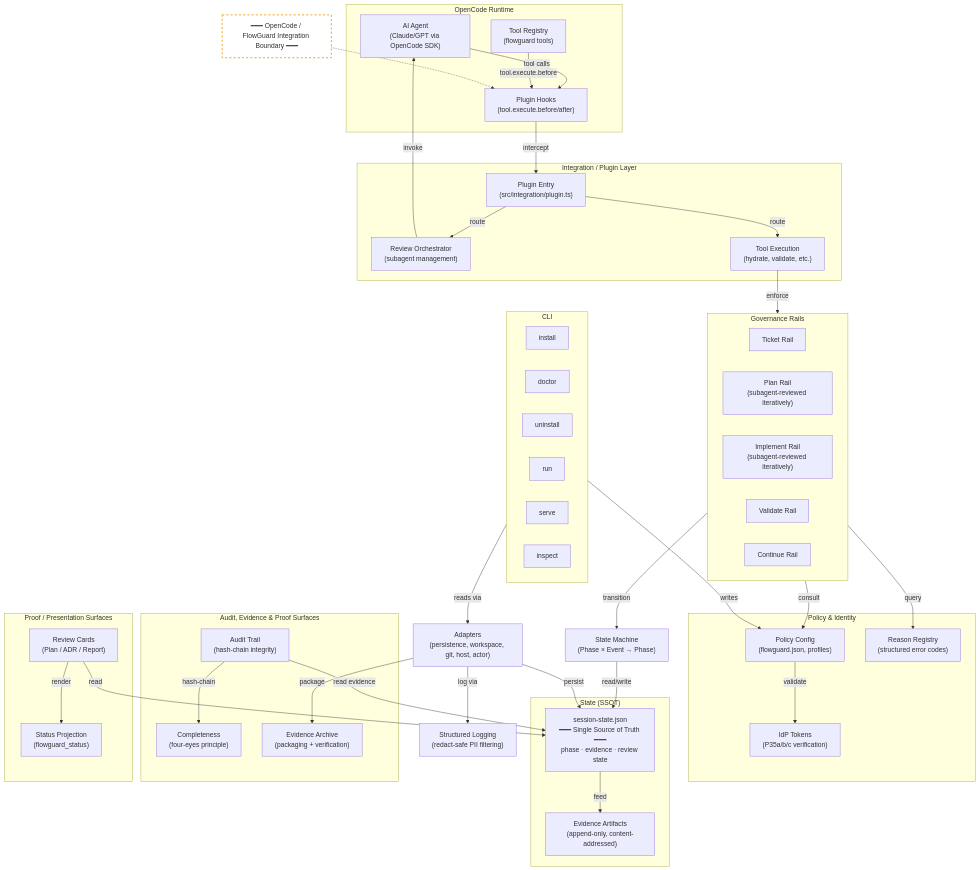
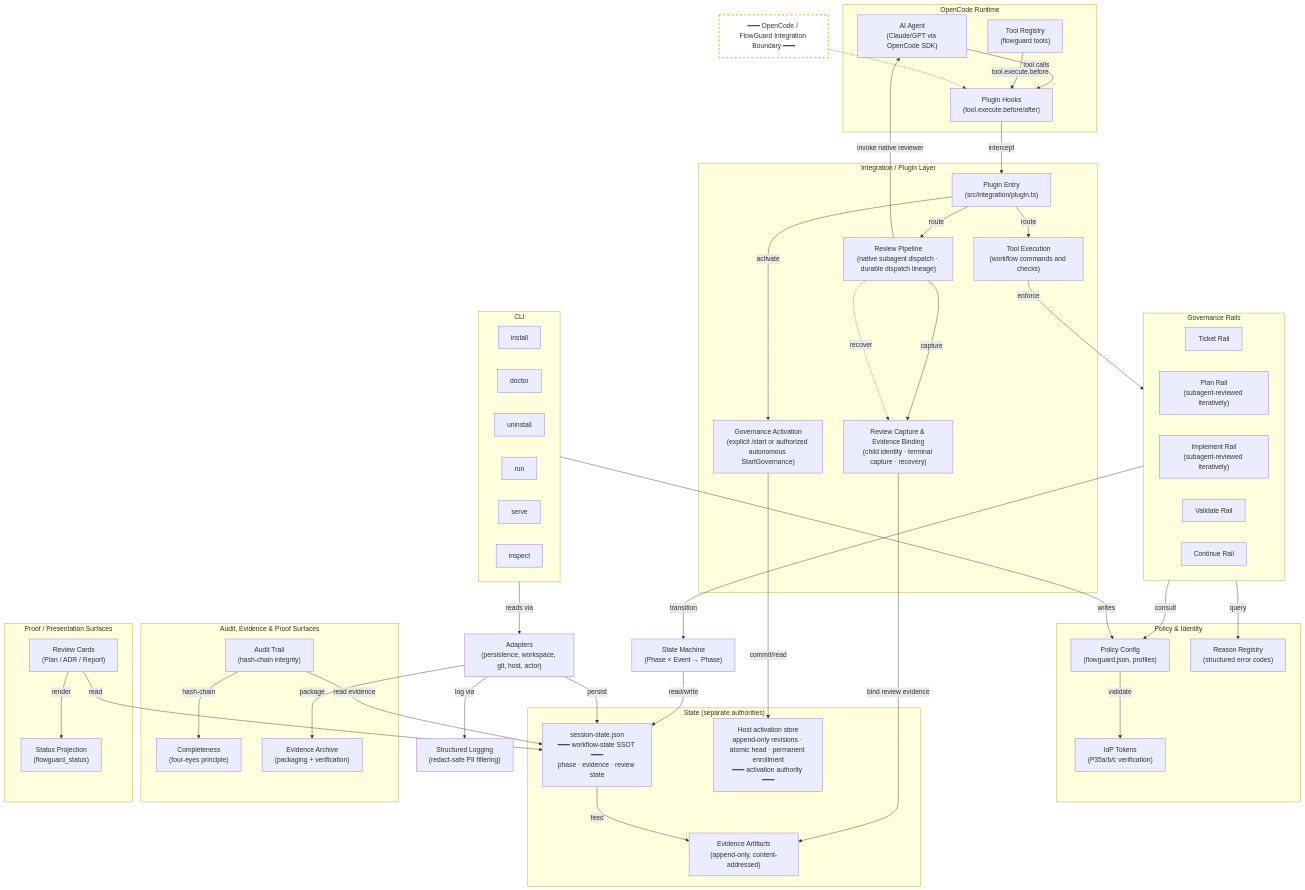
One commit to koeppben23/governed-runtime changed the diagram in docs/architecture/architecture-diagram.md. Above: the diagram before and after it, drawn with Mermaid. The commit also changed other lines of this file and 627 other files, not shown here.

First line of the commit message:
feat(opencode): complete v2-only port with host-neutral governance (#1169) (#1190)

```diff
--- a/docs/architecture/architecture-diagram.md
+++ b/docs/architecture/architecture-diagram.md
@@ -21,8 +21,10 @@
   %% ── Integration Layer ──
   subgraph Integration["Integration / Plugin Layer"]
     PluginEntry["Plugin Entry<br/>(src/integration/plugin.ts)"]
-    Orchestrator["Review Orchestrator<br/>(subagent management)"]
-    ToolExec["Tool Execution<br/>(hydrate, validate, etc.)"]
+    Activation["Governance Activation<br/>(explicit /start or authorized autonomous StartGovernance)"]
+    ReviewPipeline["Review Pipeline<br/>(native subagent dispatch · durable dispatch lineage)"]
+    ReviewCapture["Review Capture & Evidence Binding<br/>(child identity · terminal capture · recovery)"]
+    ToolExec["Tool Execution<br/>(workflow commands and checks)"]
   end
 
   %% ── Rails (Governance) ──
@@ -45,8 +47,9 @@
   Machine["State Machine<br/>(Phase × Event → Phase)"]
 
   %% ── State (SSOT) ──
-  subgraph StateBox["State (SSOT)"]
-    SSOT["session-state.json<br/>━━━ Single Source of Truth ━━━<br/>phase · evidence · review state"]
+  subgraph StateBox["State (separate authorities)"]
+    SSOT["session-state.json<br/>━━━ workflow-state SSOT ━━━<br/>phase · evidence · review state"]
+    ActivationStore["Host activation store<br/>append-only revisions · atomic head · permanent enrollment<br/>━━━ activation authority ━━━"]
     EvidenceNode["Evidence Artifacts<br/>(append-only, content-addressed)"]
   end
 
@@ -86,10 +89,15 @@
   Agent -->|tool calls| Hooks
   Tools -->|tool.execute.before| Hooks
   Hooks -->|intercept| PluginEntry
-  PluginEntry -->|route| Orchestrator
+  PluginEntry -->|activate| Activation
+  PluginEntry -->|route| ReviewPipeline
   PluginEntry -->|route| ToolExec
   ToolExec -->|enforce| Rails
-  Orchestrator -->|invoke| Agent
+  Activation -->|commit/read| ActivationStore
+  ReviewPipeline -->|invoke native reviewer| Agent
+  ReviewPipeline -->|capture| ReviewCapture
+  ReviewPipeline -.->|recover| ReviewCapture
+  ReviewCapture -->|bind review evidence| EvidenceNode
   BoundaryLine -.-> Hooks
 
   Rails -->|consult| Config
```
